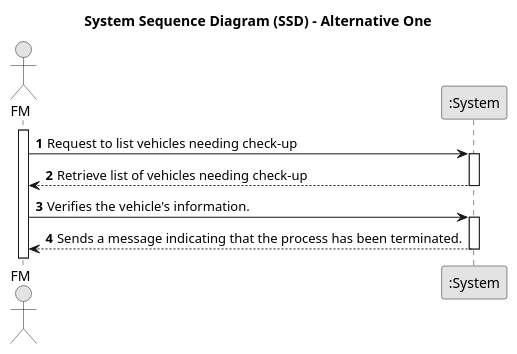
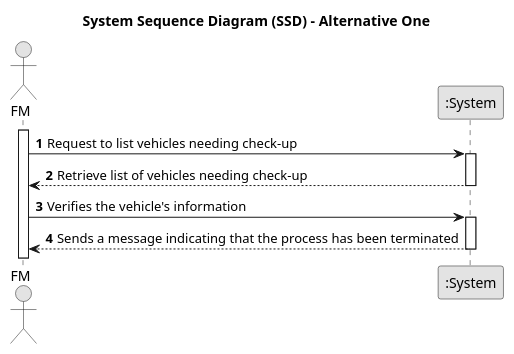
Before and after one commit to Departamento-de-Engenharia-Informatica/lei-24-s2-1df-1de-g063: the diagram in docs/sprintA/us008/01.requirements-engineering/puml/us008-system-sequence-diagram-alternative-one.puml, drawn with PlantUML. The commit also changed 2 other files, not shown here.

```diff
--- a/docs/sprintA/us008/01.requirements-engineering/puml/us008-system-sequence-diagram-alternative-one.puml
+++ b/docs/sprintA/us008/01.requirements-engineering/puml/us008-system-sequence-diagram-alternative-one.puml
@@ -1,26 +1,26 @@
 @startuml
 skinparam monochrome true
 skinparam packageStyle rectangle
 skinparam shadowing false
 
 title System Sequence Diagram (SSD) - Alternative One
 
 autonumber
 
 actor "FM" as Employee
 participant ":System" as System
 
 activate Employee
 
     Employee -> System : Request to list vehicles needing check-up
     activate System
 
         System --> Employee : Retrieve list of vehicles needing check-up
     deactivate System
 
-    Employee -> System : Verifies the vehicle's information.
+    Employee -> System : Verifies the vehicle's information
     activate System
 
-        System --> Employee : Sends a message indicating that the process has been terminated.
+        System --> Employee : Sends a message indicating that the process has been terminated
     deactivate System
 @enduml
```
